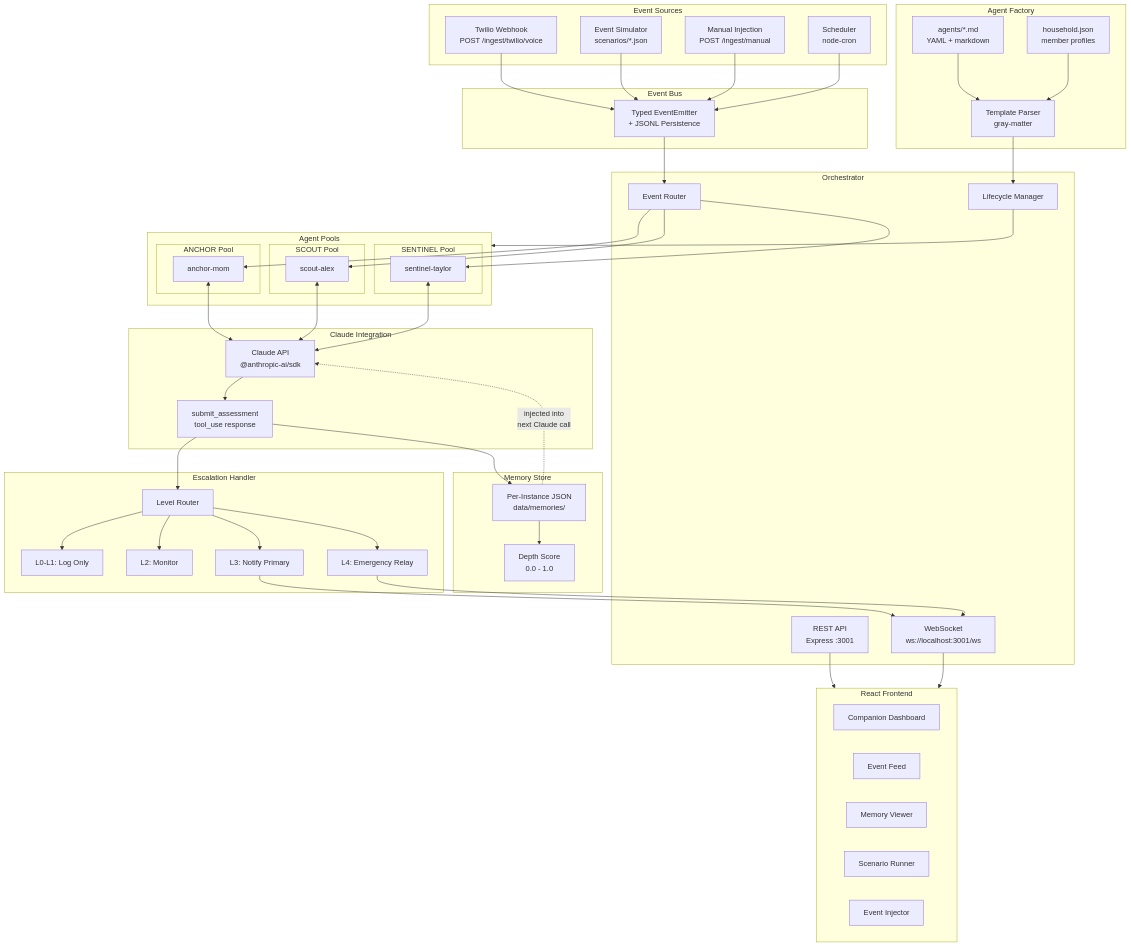
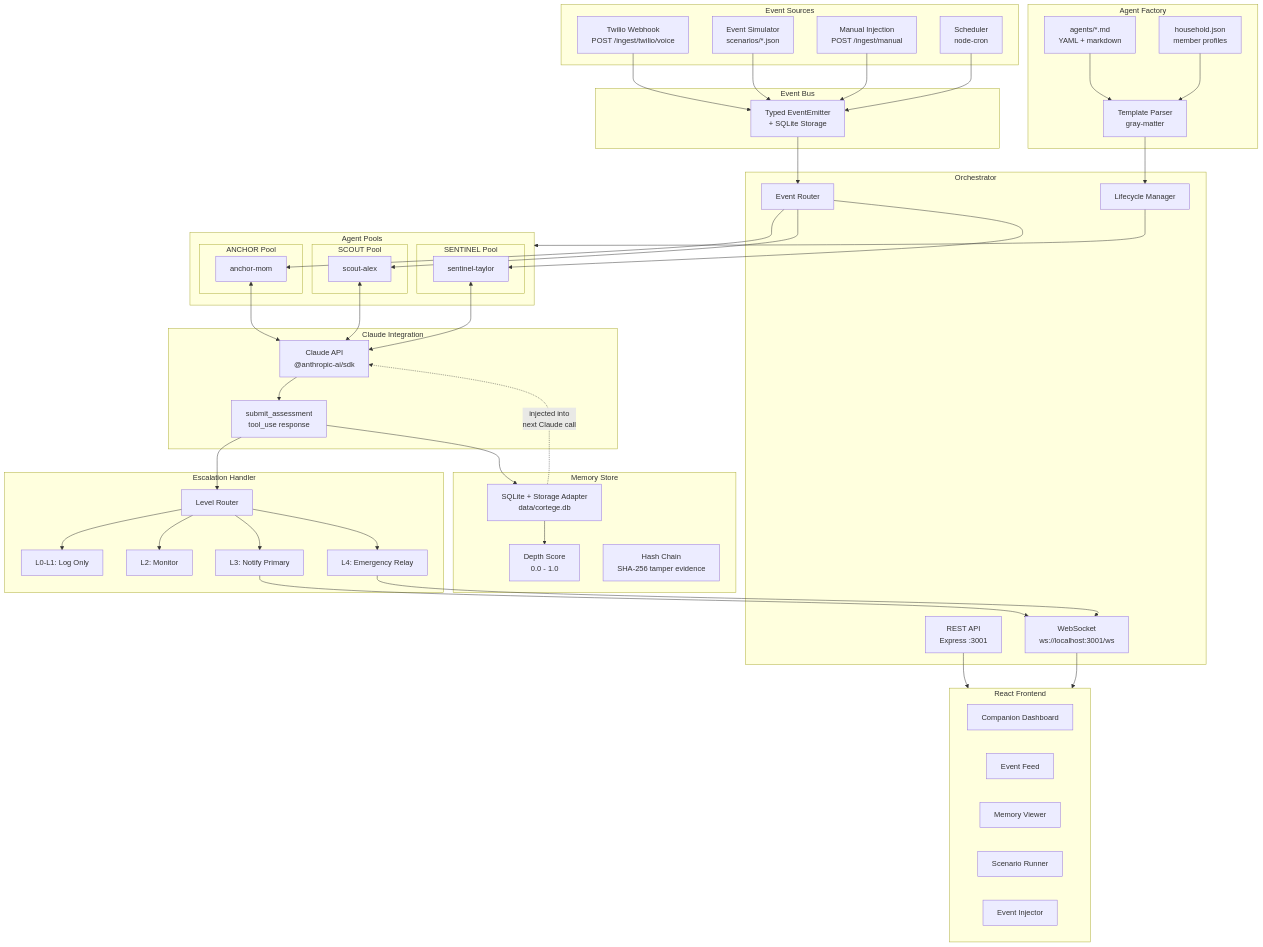
Before and after one commit to taylorparsons/cortege-hackathon: the first of 7 diagrams in docs/superpowers/specs/2026-03-14-agent-orchestration-diagrams.md, drawn with Mermaid. The commit also changed other lines of this file and 1 other file, not shown here.

First line of the commit message:
docs: update design specs with SQLite storage implementation

```diff
--- a/docs/superpowers/specs/2026-03-14-agent-orchestration-diagrams.md
+++ b/docs/superpowers/specs/2026-03-14-agent-orchestration-diagrams.md
@@ -14,7 +14,7 @@
     end
 
     subgraph Bus["Event Bus"]
-        EB["Typed EventEmitter\n+ JSONL Persistence"]
+        EB["Typed EventEmitter\n+ SQLite Storage"]
     end
 
     subgraph Orch["Orchestrator"]
@@ -48,8 +48,9 @@
     end
 
     subgraph Memory["Memory Store"]
-        MS["Per-Instance JSON\ndata/memories/"]
+        MS["SQLite + Storage Adapter\ndata/cortege.db"]
         DS["Depth Score\n0.0 - 1.0"]
+        HC["Hash Chain\nSHA-256 tamper evidence"]
     end
 
     subgraph Escalation["Escalation Handler"]
```
